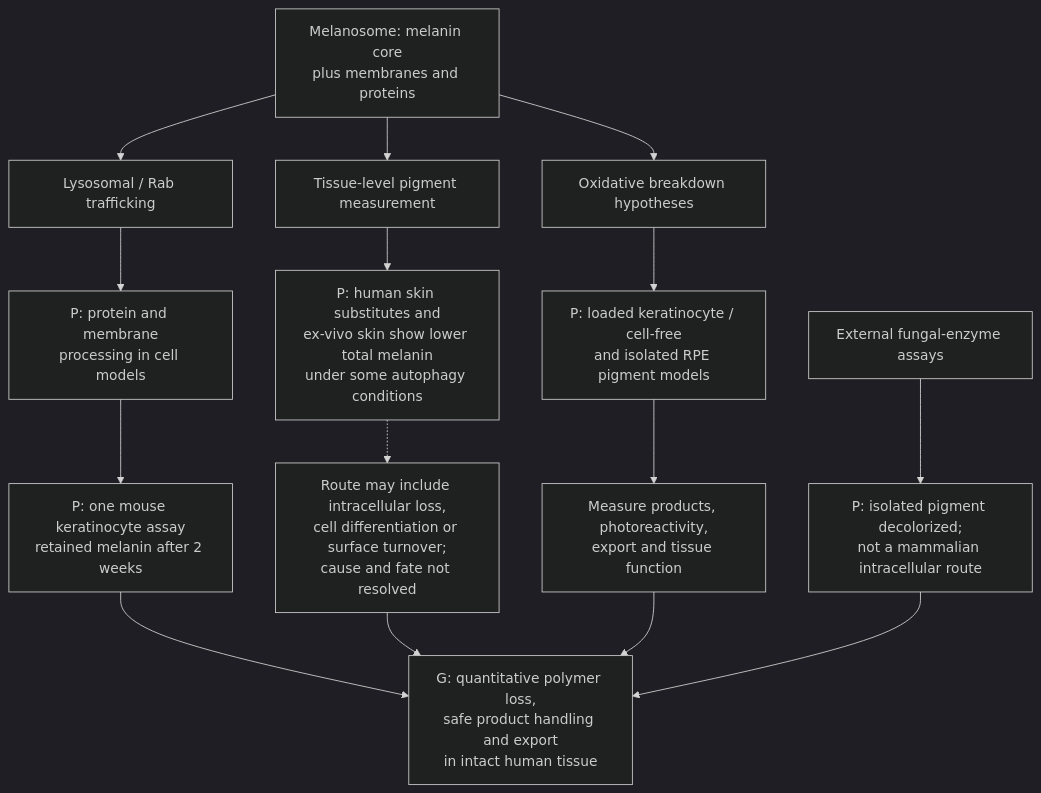
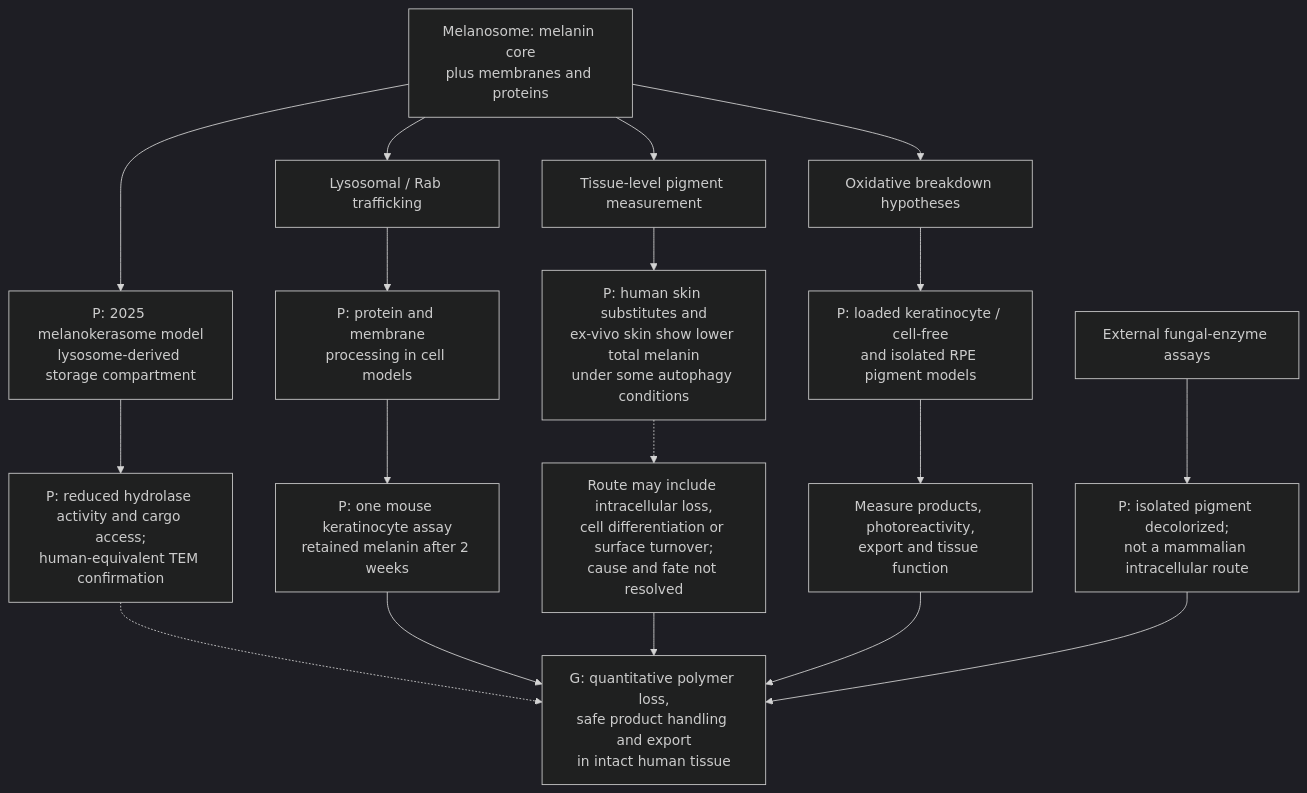
The second of 7 diagrams in research/selective-clearance-framework.md (dylanstechmann/iris-color-without-contacts), drawn with Mermaid (dark theme) before and after one commit. The commit also changed other lines of this file, not shown here.

Commit message:
Add storage-lysosome counterevidence to clearance framework

````diff
--- a/research/selective-clearance-framework.md
+++ b/research/selective-clearance-framework.md
@@ -38,17 +38,20 @@
 ```mermaid
 flowchart TD
     M["Melanosome: melanin core<br/>plus membranes and proteins"] --> L["Lysosomal / Rab trafficking"]
     L --> P["P: protein and membrane<br/>processing in cell models"]
     P --> C["P: one mouse keratinocyte assay<br/>retained melanin after 2 weeks"]
+    M --> S["P: 2025 melanokerasome model<br/>lysosome-derived storage compartment"]
+    S --> S2["P: reduced hydrolase activity and cargo access;<br/>human-equivalent TEM confirmation"]
+    S2 -.-> G["G: quantitative polymer loss,<br/>safe product handling and export<br/>in intact human tissue"]
     M --> T["Tissue-level pigment measurement"]
     T --> E["P: human skin substitutes and<br/>ex-vivo skin show lower total melanin<br/>under some autophagy conditions"]
     E -.-> U["Route may include intracellular loss,<br/>cell differentiation or surface turnover;<br/>cause and fate not resolved"]
     M --> O["Oxidative breakdown hypotheses"]
     O --> R["P: loaded keratinocyte / cell-free<br/>and isolated RPE pigment models"]
     R --> B["Measure products, photoreactivity,<br/>export and tissue function"]
     F["External fungal-enzyme assays"] --> D["P: isolated pigment decolorized;<br/>not a mammalian intracellular route"]
     C --> G["G: quantitative polymer loss,<br/>safe product handling and export<br/>in intact human tissue"]
     U --> G
     B --> G
     D --> G
 ```
````
